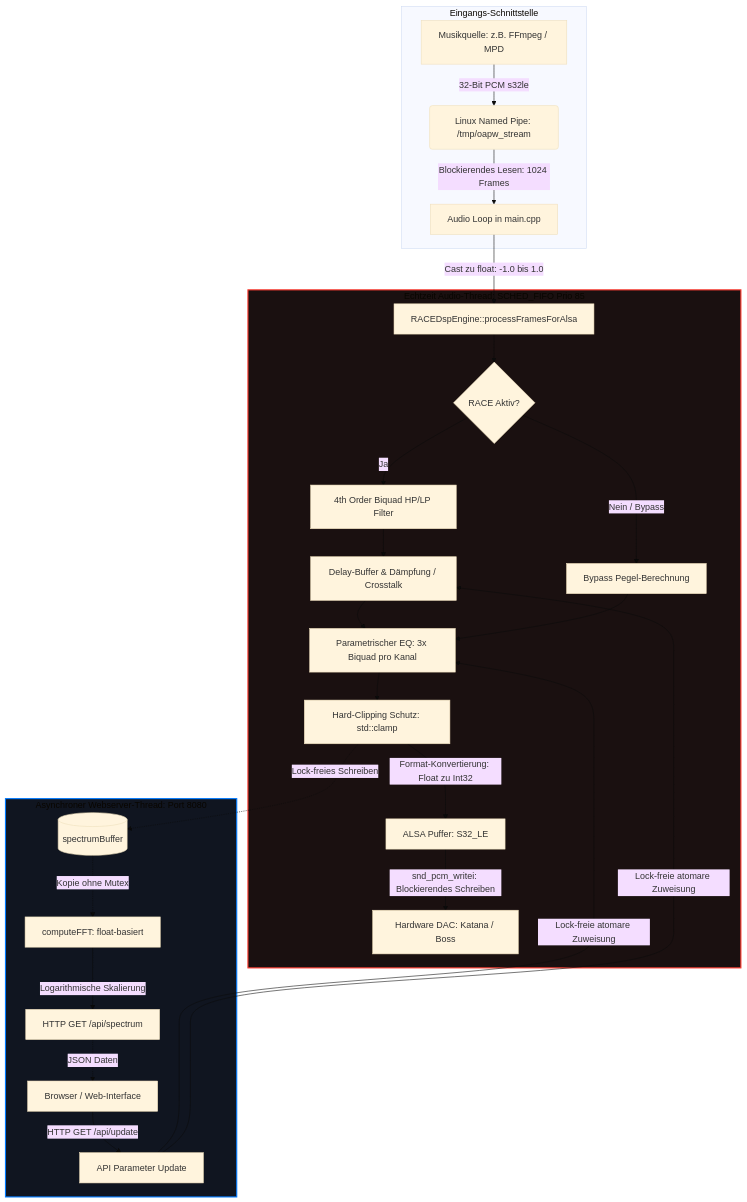
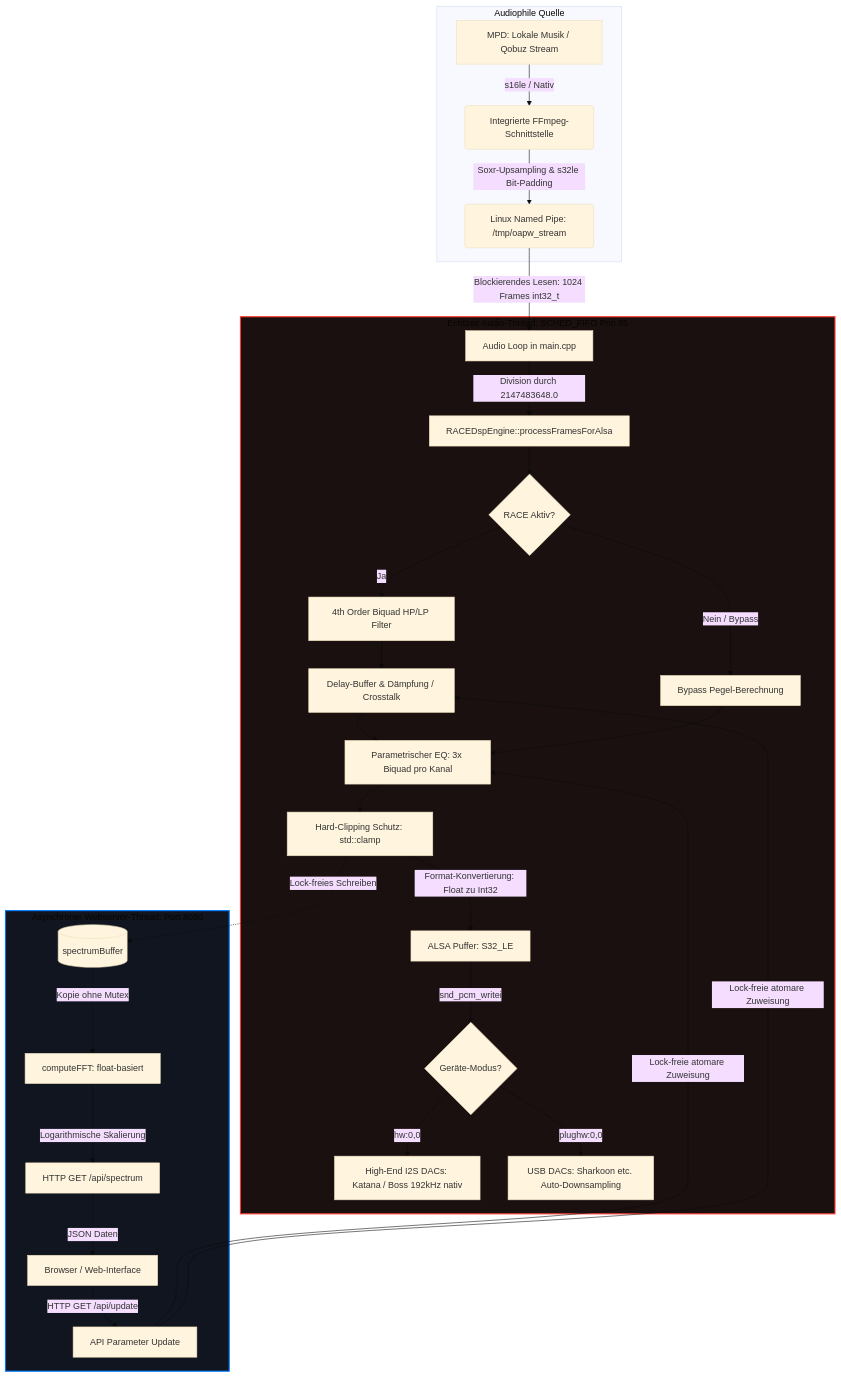
Before and after one commit to druthibautgmail/OAPW_HiFi: the diagram in README.md, drawn with Mermaid (base theme). The commit also changed other lines of this file, not shown here.

Commit message:
Doku aktualisiert: Integrierte FFmpeg-Pipeline und universelle DAC-Kompatibilität dokumentiert

````diff
--- a/README.md
+++ b/README.md
@@ -22,43 +24,48 @@
 ```mermaid
 graph TD
     %% Datenquellen & Input
-    subgraph Input_Schnittstelle [Eingangs-Schnittstelle]
-        A[Musikquelle: z.B. FFmpeg / MPD] -->|32-Bit PCM s32le| B(Linux Named Pipe: /tmp/oapw_stream)
-        B -->|Blockierendes Lesen: 1024 Frames| C[Audio Loop in main.cpp]
+    subgraph Stream_Quelle [Audiophile Quelle]
+        A[MPD: Lokale Musik / Qobuz Stream] -->|s16le / Nativ| B(Integrierte FFmpeg-Schnittstelle)
+        B -->|Soxr-Upsampling & s32le Bit-Padding| C(Linux Named Pipe: /tmp/oapw_stream)
     end
 
     %% Echtzeit-Audio-Verarbeitung
     subgraph Echtzeit_Audio_Thread [Echtzeit Audio-Thread: SCHED_FIFO Prio 85]
-        C -->|Cast zu float: -1.0 bis 1.0| D[RACEDspEngine::processFramesForAlsa]
+        C -->|Blockierendes Lesen: 1024 Frames int32_t| D[Audio Loop in main.cpp]
+        D -->|Division durch 2147483648.0| E[RACEDspEngine::processFramesForAlsa]
         
         %% DSP Details
-        D --> E{RACE Aktiv?}
-        E -->|Ja| F[4th Order Biquad HP/LP Filter]
-        F --> G[Delay-Buffer & Dämpfung / Crosstalk]
-        E -->|Nein / Bypass| H[Bypass Pegel-Berechnung]
+        E --> F{RACE Aktiv?}
+        F -->|Ja| G[4th Order Biquad HP/LP Filter]
+        G --> H[Delay-Buffer & Dämpfung / Crosstalk]
+        F -->|Nein / Bypass| I[Bypass Pegel-Berechnung]
         
-        G --> I[Parametrischer EQ: 3x Biquad pro Kanal]
-        H --> I
-        I --> J[Hard-Clipping Schutz: std::clamp]
+        H --> J[Parametrischer EQ: 3x Biquad pro Kanal]
+        I --> J
+        J --> K[Hard-Clipping Schutz: std::clamp]
         
         %% Output & Hardware
-        J -->|Format-Konvertierung: Float zu Int32| K[ALSA Puffer: S32_LE]
-        K -->|snd_pcm_writei: Blockierendes Schreiben| L[Hardware DAC: Katana / Boss]
+        K -->|Format-Konvertierung: Float zu Int32| L[ALSA Puffer: S32_LE]
+        L -->|snd_pcm_writei| M{Geräte-Modus?}
+        
+        %% DAC Varianten
+        M -->|hw:0,0| N[High-End I2S DACs: Katana / Boss 192kHz nativ]
+        M -->|plughw:0,0| O[USB DACs: Sharkoon etc. Auto-Downsampling]
     end
 
     %% Web-Interface & Steuerung
     subgraph Asynchroner_GUI_Thread [Asynchroner Webserver-Thread: Port 8080]
-        M[Browser / Web-Interface] -->|HTTP GET /api/update| N[API Parameter Update]
-        N -->|Lock-freie atomare Zuweisung| I
-        N -->|Lock-freie atomare Zuweisung| G
+        P[Browser / Web-Interface] -->|HTTP GET /api/update| Q[API Parameter Update]
+        Q -->|Lock-freie atomare Zuweisung| J
+        Q -->|Lock-freie atomare Zuweisung| H
         
-        J -.->|Lock-freies Schreiben| O[(spectrumBuffer)]
-        O -.->|Kopie ohne Mutex| P[computeFFT: float-basiert]
-        P -->|Logarithmische Skalierung| Q[HTTP GET /api/spectrum]
-        Q -.->|JSON Daten| M
+        K -.->|Lock-freies Schreiben| R[(spectrumBuffer)]
+        R -.->|Kopie ohne Mutex| S[computeFFT: float-basiert]
+        S -->|Logarithmische Skalierung| T[HTTP GET /api/spectrum]
+        T -.->|JSON Daten| P
     end
 
     %% Styling
     style Echtzeit_Audio_Thread fill:#1a1010,stroke:#ff3b30,stroke-width:2px;
     style Asynchroner_GUI_Thread fill:#101520,stroke:#007aff,stroke-width:2px;
 ```
````
